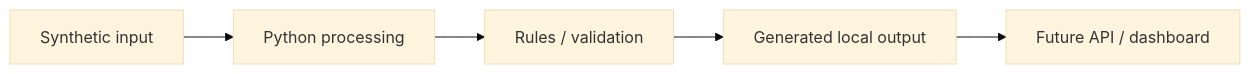
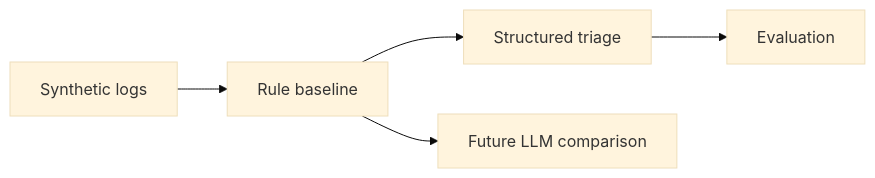
One commit to guilherme-lacerda-tech/ai-log-triage-lab changed the diagram in README.md. Above: the diagram before and after it, drawn with Mermaid (base theme). The commit also changed other lines of this file and 8 other files, not shown here.

Commit message:
feat: strengthen deterministic triage baseline

````diff
--- a/README.md
+++ b/README.md
@@ -27,7 +22,7 @@
-    ```mermaid
-    flowchart LR
-        A["Synthetic input"] --> B["Python processing"]
-        B --> C["Rules / validation"]
-        C --> D["Generated local output"]
-        D --> E["Future API / dashboard"]
-    ```
+```mermaid
+flowchart LR
+    A["Synthetic logs"] --> B["Rule baseline"]
+    B --> C["Structured triage"]
+    C --> D["Evaluation"]
+    B --> E["Future LLM comparison"]
+```
````
